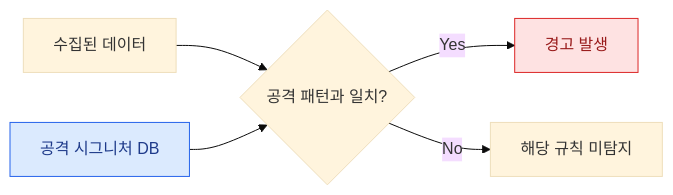
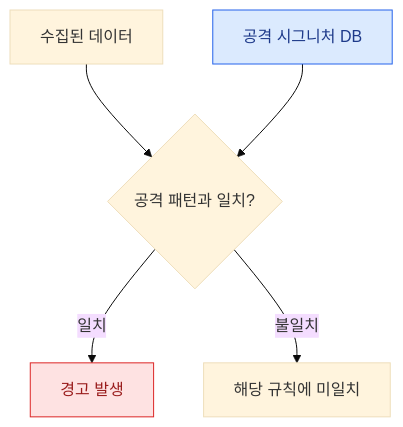
The first of 8 diagrams in _posts/2026-11-27-ids-ips.md (jjihhwaan/jjihhwaan.github.io), drawn with Mermaid (base theme) before and after one commit. The commit also changed other lines of this file, not shown here.

Commit message:
Fix Mermaid diagram rendering in IDS and IPS post

````diff
--- a/_posts/2026-11-27-ids-ips.md
+++ b/_posts/2026-11-27-ids-ips.md
@@ -178,10 +179,10 @@
 ```mermaid
-flowchart LR
+flowchart TB
     A["수집된 데이터"] --> B{"공격 패턴과 일치?"}
     E["공격 시그니처 DB"] --> B
-    B -->|Yes| C["경고 발생"]
-    B -->|No| D["해당 규칙 미탐지"]
+    B -->|일치| C["경고 발생"]
+    B -->|불일치| D["해당 규칙에 미일치"]
 
     style C fill:#fee2e2,stroke:#dc2626,color:#991b1b
     style E fill:#dbeafe,stroke:#2563eb,color:#1e3a8a
 ```
````
